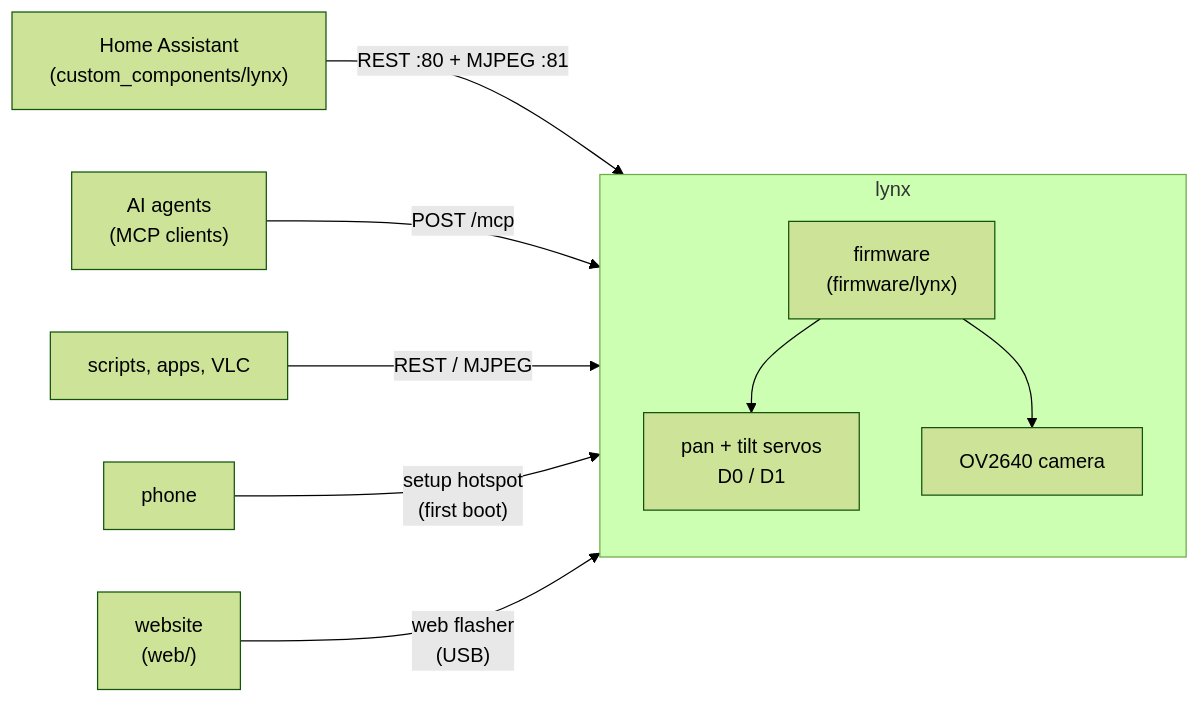
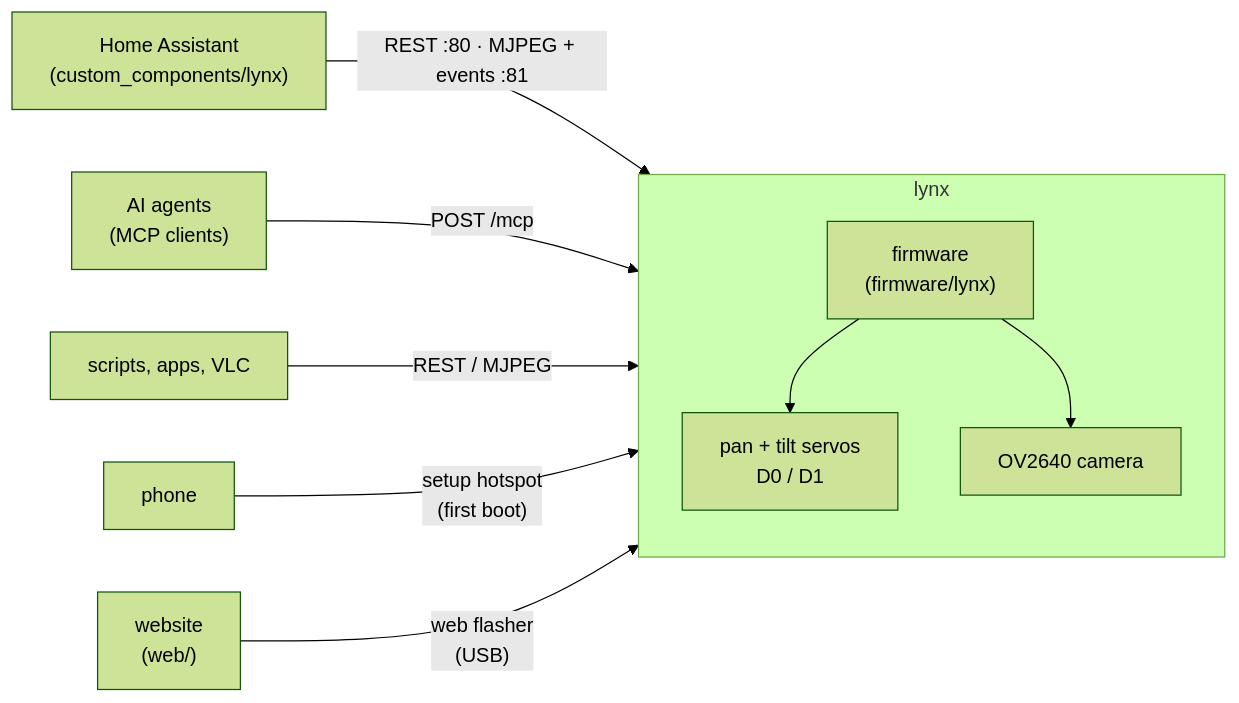
One commit to alexnodeland/lynx changed the first of 4 diagrams in docs/architecture.md. Above: the diagram before and after it, drawn with Mermaid (forest theme). The commit also changed other lines of this file and 16 other files, not shown here.

````diff
--- a/docs/architecture.md
+++ b/docs/architecture.md
@@ -11,16 +11,16 @@
 ```mermaid
 flowchart LR
   subgraph device["lynx"]
     direction TB
     FW["firmware<br/>(firmware/lynx)"]
     SERVOS["pan + tilt servos<br/>D0 / D1"]
     CAM["OV2640 camera"]
     FW --> SERVOS
     FW --> CAM
   end
-  HA["Home Assistant<br/>(custom_components/lynx)"] -- "REST :80 + MJPEG :81" --> FW
+  HA["Home Assistant<br/>(custom_components/lynx)"] -- "REST :80 · MJPEG + events :81" --> FW
   AGENT["AI agents<br/>(MCP clients)"] -- "POST /mcp" --> FW
   APPS["scripts, apps, VLC"] -- "REST / MJPEG" --> FW
   PHONE["phone"] -- "setup hotspot<br/>(first boot)" --> FW
   SITE["website<br/>(web/)"] -- "web flasher<br/>(USB)" --> FW
 ```
````
